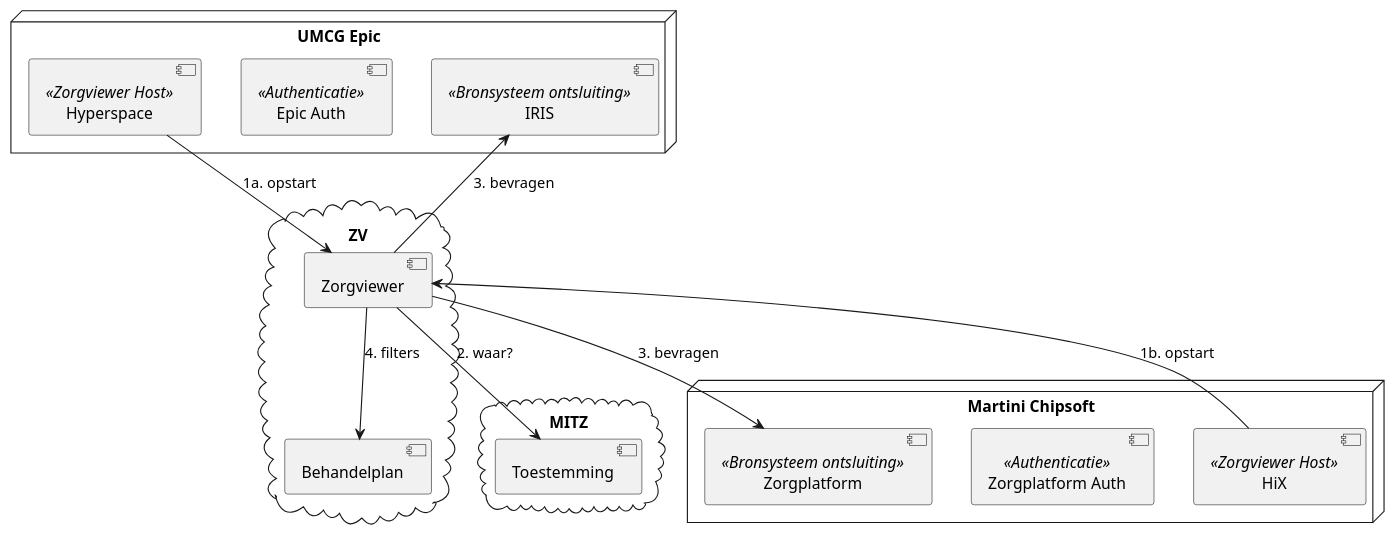
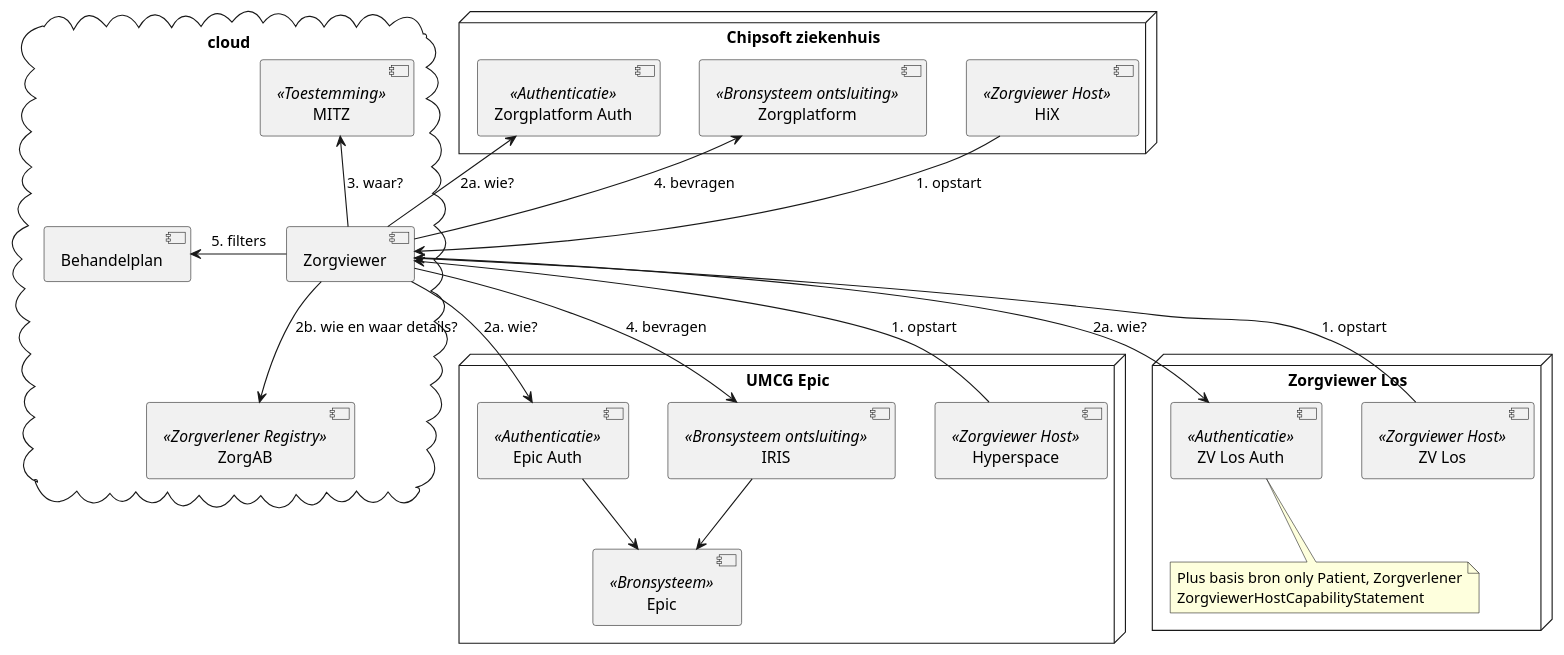
Before and after one commit to RIVO-Noord/zorgviewer-ig: the diagram in input/images-source/Zorgviewer-comp-1.plantuml, drawn with PlantUML. The commit also changed 7 other files, not shown here.

```diff
--- a/input/images-source/Zorgviewer-comp-1.plantuml
+++ b/input/images-source/Zorgviewer-comp-1.plantuml
@@ -1,33 +1,43 @@
 @startuml
 
 node "UMCG Epic" {
  [Hyperspace] <<Zorgviewer Host>>
  [Epic Auth] <<Authenticatie>>
  [IRIS] <<Bronsysteem ontsluiting>>
+ [Epic] <<Bronsysteem>>
+ [IRIS]-->[Epic]
+ [Epic Auth]-->[Epic]
 }
 
-cloud "ZV" {
+cloud "cloud" {
  [Zorgviewer]
  [Behandelplan]
+ [MITZ] <<Toestemming>>
+ [ZorgAB] <<Zorgverlener Registry>>
 }
 
-cloud "MITZ" {
- [Toestemming]
-}
-
-[Zorgviewer]-->[Toestemming] : 2. waar?
-
-node "Martini Chipsoft" {
+node "Chipsoft ziekenhuis" {
  [HiX] <<Zorgviewer Host>>
  [Zorgplatform Auth] <<Authenticatie>>
  [Zorgplatform] <<Bronsysteem ontsluiting>>
 }
 
-[Hyperspace] --> [Zorgviewer] :  1a. opstart
-[HiX] --> [Zorgviewer] : 1b. opstart
-[Zorgviewer] --> [Zorgplatform] : 3. bevragen
-[Zorgviewer] --> [IRIS] : 3. bevragen
+node "Zorgviewer Los" {
+ [ZV Los] <<Zorgviewer Host>>
+ [ZV Los Auth] <<Authenticatie>>
+ note bottom of [ZV Los Auth] : Plus basis bron only Patient, Zorgverlener\nZorgviewerHostCapabilityStatement
+}
 
-[Zorgviewer]-->[Behandelplan] : 4. filters
+[Hyperspace]-->[Zorgviewer] :  1. opstart
+[HiX]-->[Zorgviewer] : 1. opstart
+[ZV Los]-->[Zorgviewer] : 1. opstart
+[Zorgviewer]-->[Epic Auth] : 2a. wie?
+[Zorgviewer]-->[ZV Los Auth] : 2a. wie?
+[Zorgviewer]-->[Zorgplatform Auth] : 2a. wie?
+[Zorgviewer]-->[ZorgAB] : 2b. wie en waar details?
+[Zorgviewer]-u->[MITZ] : 3. waar?
+[Zorgviewer]-u->[Zorgplatform] : 4. bevragen
+[Zorgviewer]-->[IRIS] : 4. bevragen
+[Zorgviewer]-l->[Behandelplan] : 5. filters
 
 @enduml
```
